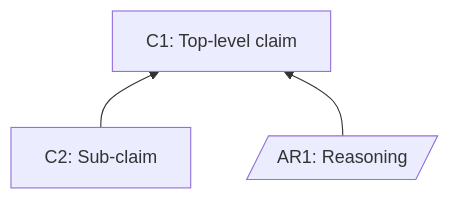
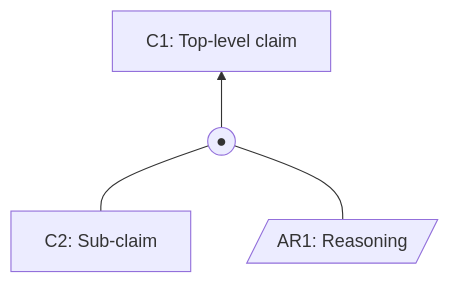
Before and after one commit to coreinfrastructure/best-practices-badge: diagram 13 of 19 in docs/sacm-mermaid.md, drawn with Mermaid. The commit also changed other lines of this file, not shown here.

Commit message:
Improve C.8 SACM diagram

````diff
--- a/docs/sacm-mermaid.md
+++ b/docs/sacm-mermaid.md
@@ -479,8 +479,10 @@
 ```mermaid
 flowchart BT
     C2["C2: Sub-claim"]
     AR1[/"AR1: Reasoning"/]
+    Inf1(("●"))
     C1["C1: Top-level claim"]
-    C2 --> C1
-    AR1 --> C1
+    C2 --- Inf1
+    AR1 --- Inf1
+    Inf1 --> C1
 ```
````
